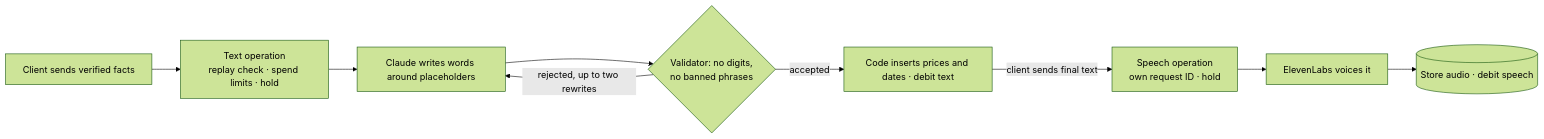
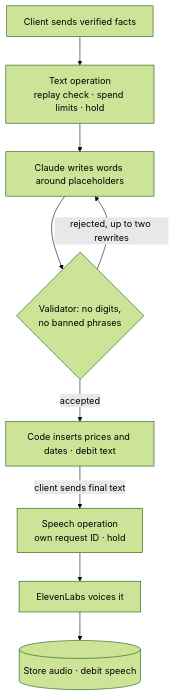
The diagram in README.md (berkaybakac/tellal-case-study), drawn with Mermaid (forest theme) before and after one commit.

Commit message:
Lay out the announcement flow top to bottom
GitHub's pan and zoom buttons covered the last step of the wide left-to-right diagram and shrank its labels; a top-to-bottom layout with padding keeps every step readable.

````diff
--- a/README.md
+++ b/README.md
@@ -29,11 +29,12 @@
 ```mermaid
-flowchart LR
+%%{init: {"flowchart": {"diagramPadding": 40}}}%%
+flowchart TB
   C["Client sends verified facts"] --> T["Text operation<br/>replay check · spend limits · hold"]
   T --> L["Claude writes words around placeholders"]
   L --> V{"Validator: no digits,<br/>no banned phrases"}
   V -- "rejected, up to two rewrites" --> L
   V -- accepted --> D["Code inserts prices and dates · debit text"]
   D -- client sends final text --> S["Speech operation<br/>own request ID · hold"]
   S --> E["ElevenLabs voices it"]
   E --> A[("Store audio · debit speech")]
 ```
````
